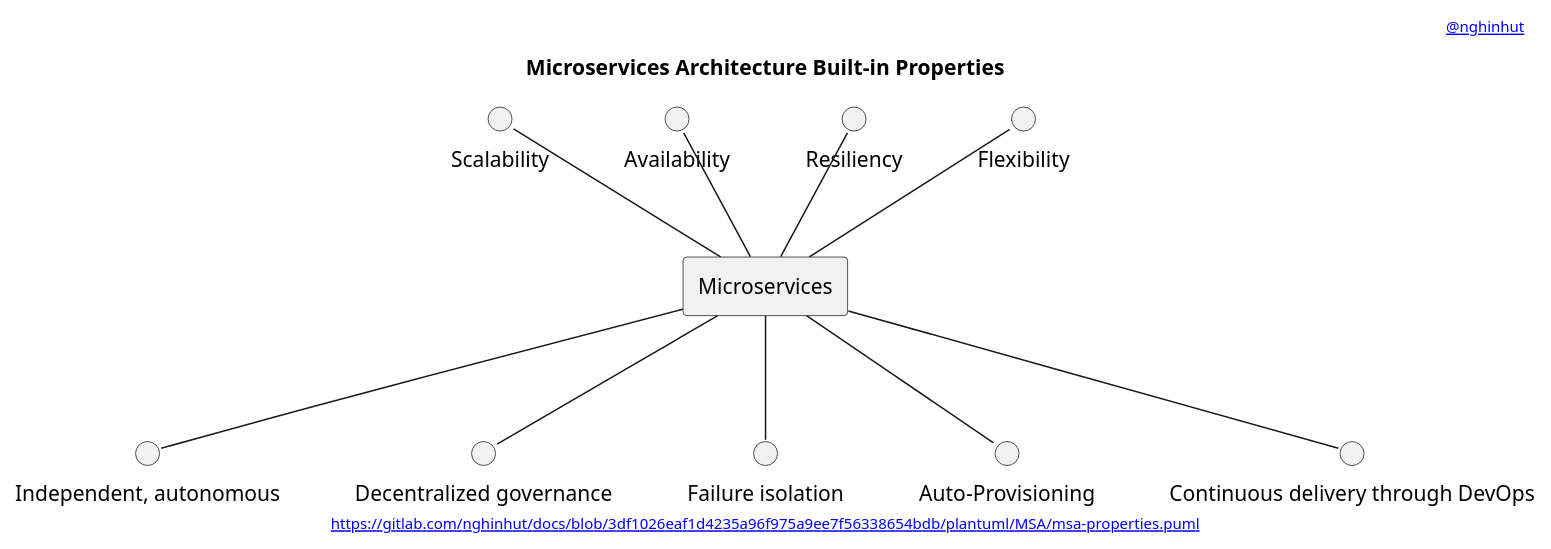
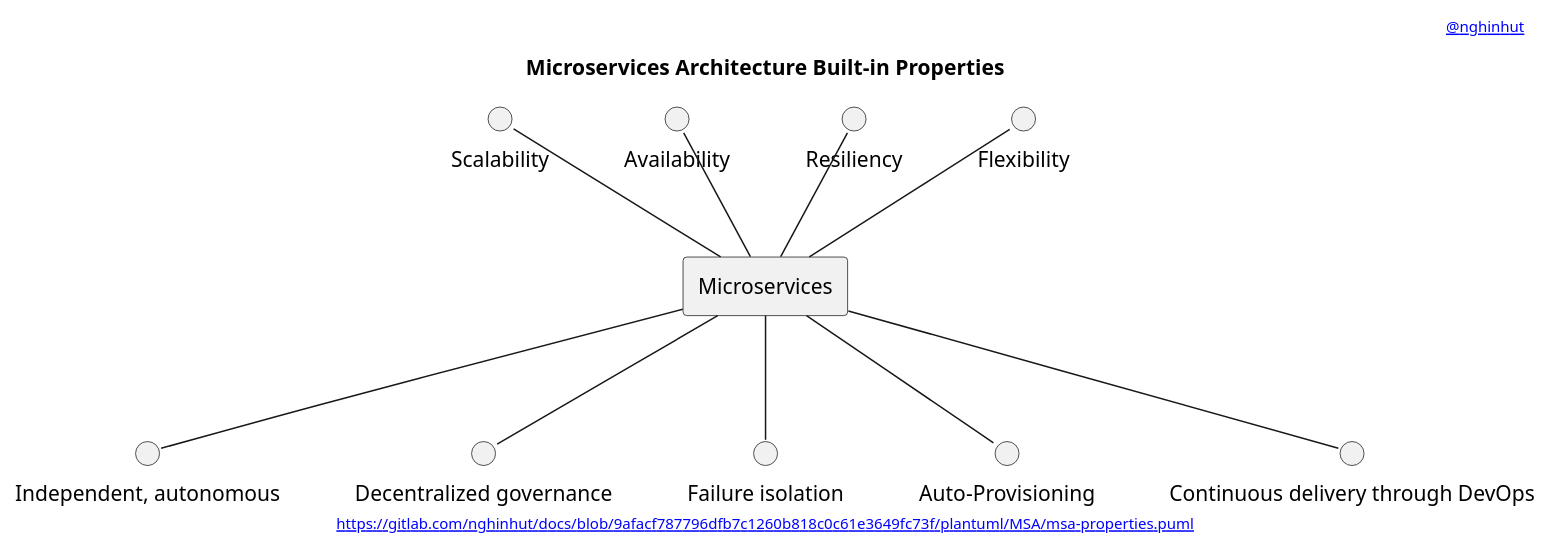
Before and after one commit to nghinhut/docs: the diagram in plantuml/MSA/msa-properties.puml, drawn with PlantUML. The commit also changed 24 other files, not shown here.

Commit message:
docs(plantuml): update headers

```diff
--- a/plantuml/MSA/msa-properties.puml
+++ b/plantuml/MSA/msa-properties.puml
@@ -1,31 +1,31 @@
 @startuml
 '-----START auto generated metadata please keep comment here to allow auto update-----
 '-----DON'T EDIT THIS SECTION, INSTEAD RE-RUN prebuild.sh TO UPDATE-----
-header [[https://www.nghinhut.dev?from=http%5C%3A%5C%2F%5C%2Fwww%5C.plantuml%5C.com%5C%2Fplantuml%5C%2Fproxy%3Ffmt%3Dsvg%5C%26src%3Dhttps%5C%3A%5C%2F%5C%2Fgitlab%5C.com%5C%2Fnghinhut%5C%2Fdocs%5C%2Fraw%5C%2F3df1026eaf1d4235a96f975a9ee7f56338654bdb%5C%2Fplantuml%5C%2FMSA%5C%2Fmsa-properties%5C.puml%0A @nghinhut]]
-footer [[http://www.plantuml.com/plantuml/proxy?fmt=svg&src=https://gitlab.com/nghinhut/docs/raw/3df1026eaf1d4235a96f975a9ee7f56338654bdb/plantuml/MSA/msa-properties.puml https://gitlab.com/nghinhut/docs/blob/3df1026eaf1d4235a96f975a9ee7f56338654bdb/plantuml/MSA/msa-properties.puml]]
+header [[https://www.nghinhut.dev?from=http%5C%3A%5C%2F%5C%2Fwww%5C.plantuml%5C.com%5C%2Fplantuml%5C%2Fproxy%3Ffmt%3Dsvg%5C%26src%3Dhttps%5C%3A%5C%2F%5C%2Fgitlab%5C.com%5C%2Fnghinhut%5C%2Fdocs%5C%2Fraw%5C%2F9afacf787796dfb7c1260b818c0c61e3649fc73f%5C%2Fplantuml%5C%2FMSA%5C%2Fmsa-properties%5C.puml%0A @nghinhut]]
+footer [[http://www.plantuml.com/plantuml/proxy?fmt=svg&src=https://gitlab.com/nghinhut/docs/raw/9afacf787796dfb7c1260b818c0c61e3649fc73f/plantuml/MSA/msa-properties.puml https://gitlab.com/nghinhut/docs/blob/9afacf787796dfb7c1260b818c0c61e3649fc73f/plantuml/MSA/msa-properties.puml]]
 '-----END auto generated metadata please keep comment here to allow auto update-----
 title Microservices Architecture Built-in Properties
 
 rectangle "Microservices" as msa
 
 circle "Scalability" as scalability
 circle "Availability" as availability
 circle "Resiliency" as resiliency
 circle "Flexibility" as flexibility
 circle "Independent, autonomous" as independent_autonomous
 circle "Decentralized governance" as decentralized_governance
 circle "Failure isolation" as failure_isolation
 circle "Auto-Provisioning" as auto_provisioning
 circle "Continuous delivery through DevOps" as cd
 
 scalability -- msa
 availability -- msa
 resiliency -- msa
 flexibility -- msa
 msa -- independent_autonomous
 msa -- decentralized_governance
 msa -- failure_isolation
 msa -- auto_provisioning
 msa -- cd
 
 @enduml
```
